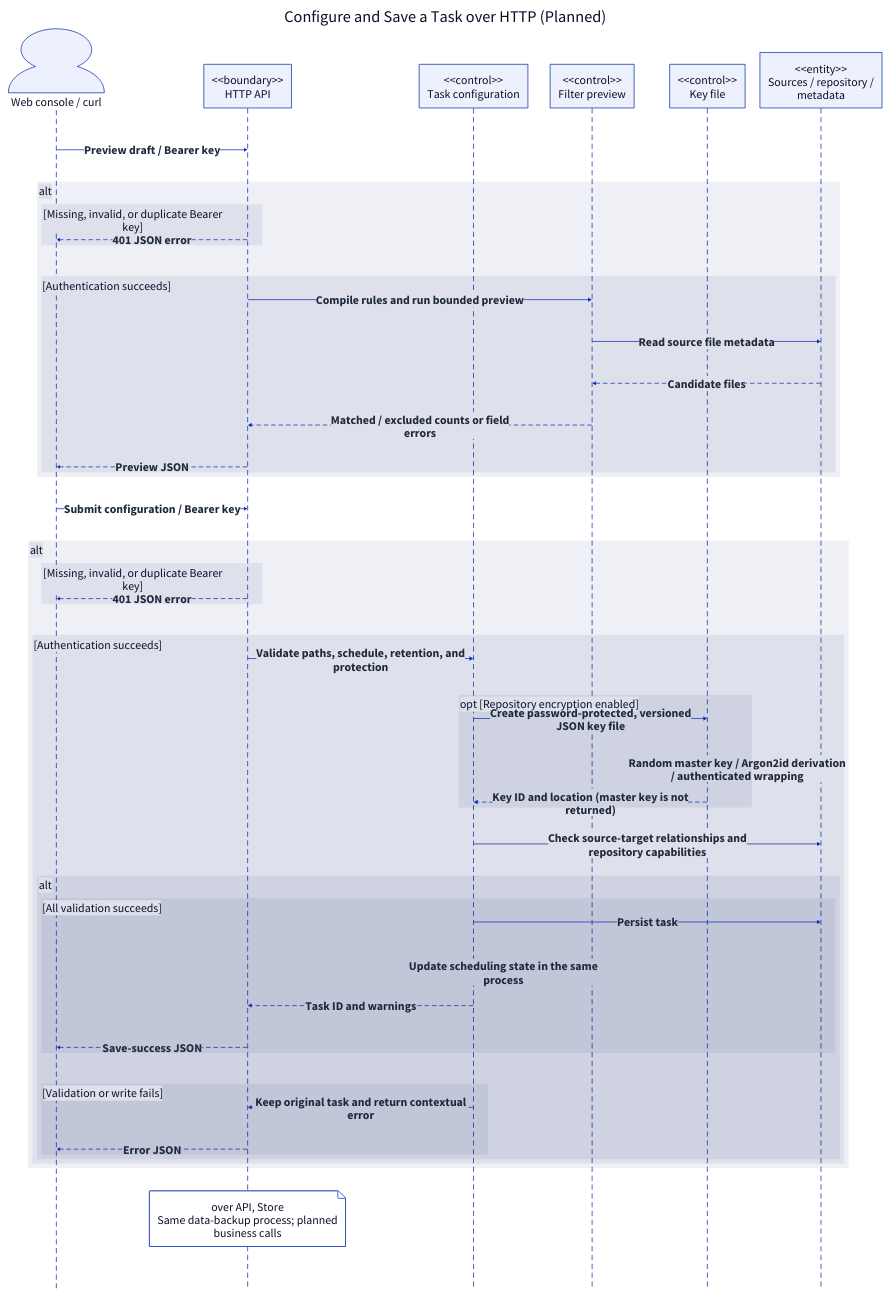
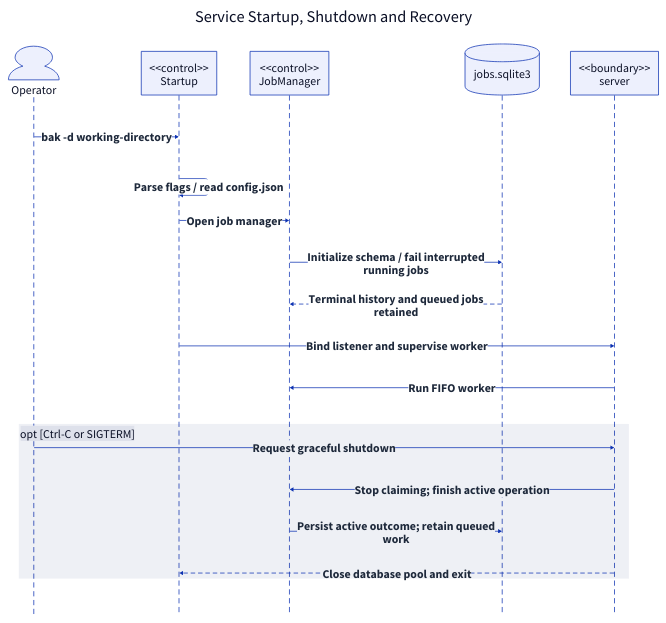
Before and after one commit to qi7876/software-development-exp: the diagram in docs/report/generated/system-sequence-configure.d2, drawn with D2. The commit also changed 34 other files, not shown here.

```diff
--- a/docs/report/generated/system-sequence-configure.d2
+++ b/docs/report/generated/system-sequence-configure.d2
@@ -1,59 +1,30 @@
 # Generated from docs/report/model.yaml; do not edit directly.
 direction: down
 **.style.font-size: 32
 (** -> **)[*].style: {font-size: 32; bold: true; italic: false; font-color: "#1E293B"}
 (** -- **)[*].style: {font-size: 32; bold: true; italic: false; font-color: "#1E293B"}
 (** <- **)[*].style: {font-size: 32; bold: true; italic: false; font-color: "#1E293B"}
-diagram: "Configure and Save a Task over HTTP (Planned)" {
+diagram: "Service Startup, Shutdown and Recovery" {
   style.font-size: 44
   style.fill: white
   style.stroke: transparent
   shape: sequence_diagram
-  Client: "Web console / curl" {shape: person}
-  API: "<<boundary>>\nHTTP API" {shape: rectangle}
-  Task: "<<control>>\nTask configuration" {shape: rectangle}
-  Preview: "<<control>>\nFilter preview" {shape: rectangle}
-  KeyFile: "<<control>>\nKey file" {shape: rectangle}
-  Store: "<<entity>>\nSources / repository /\nmetadata" {shape: rectangle}
-  API.note_0: "over API, Store\nSame data-backup process; planned\nbusiness calls"
-  Client -> API: "Preview draft / Bearer key"
-  fragment_2: alt {
-    branch_2: "[Missing, invalid, or duplicate Bearer\nkey]" {
-      API -> Client: "401 JSON error" {style.stroke-dash: 5}
-    }
-    branch_4: "[Authentication succeeds]" {
-      API -> Preview: "Compile rules and run bounded preview"
-      Preview -> Store: "Read source file metadata"
-      Store -> Preview: "Candidate files" {style.stroke-dash: 5}
-      Preview -> API: "Matched / excluded counts or field\nerrors" {style.stroke-dash: 5}
-      API -> Client: "Preview JSON" {style.stroke-dash: 5}
-    }
-  }
-  Client -> API: "Submit configuration / Bearer key"
-  fragment_12: alt {
-    branch_12: "[Missing, invalid, or duplicate Bearer\nkey]" {
-      API -> Client: "401 JSON error" {style.stroke-dash: 5}
-    }
-    branch_14: "[Authentication succeeds]" {
-      API -> Task: "Validate paths, schedule, retention, and\nprotection"
-      fragment_16: "opt [Repository encryption enabled]" {
-        Task -> KeyFile: "Create password-protected, versioned\nJSON key file"
-        KeyFile -> KeyFile: "Random master key / Argon2id derivation\n/ authenticated wrapping"
-        KeyFile -> Task: "Key ID and location (master key is not\nreturned)" {style.stroke-dash: 5}
-      }
-      Task -> Store: "Check source-target relationships and\nrepository capabilities"
-      fragment_22: alt {
-        branch_22: "[All validation succeeds]" {
-          Task -> Store: "Persist task"
-          Task -> Task: "Update scheduling state in the same\nprocess"
-          Task -> API: "Task ID and warnings" {style.stroke-dash: 5}
-          API -> Client: "Save-success JSON" {style.stroke-dash: 5}
-        }
-        branch_27: "[Validation or write fails]" {
-          Task -> API: "Keep original task and return contextual\nerror" {style.stroke-dash: 5}
-          API -> Client: "Error JSON" {style.stroke-dash: 5}
-        }
-      }
-    }
+  User: "Operator" {shape: person}
+  Main: "<<control>>\nStartup" {shape: rectangle}
+  Jobs: "<<control>>\nJobManager" {shape: rectangle}
+  DB: "jobs.sqlite3" {shape: cylinder}
+  Server: "<<boundary>>\nserver" {shape: rectangle}
+  User -> Main: "bak -d working-directory"
+  Main -> Main: "Parse flags / read config.json"
+  Main -> Jobs: "Open job manager"
+  Jobs -> DB: "Initialize schema / fail interrupted\nrunning jobs"
+  DB -> Jobs: "Terminal history and queued jobs\nretained" {style.stroke-dash: 5}
+  Main -> Server: "Bind listener and supervise worker"
+  Server -> Jobs: "Run FIFO worker"
+  fragment_7: "opt [Ctrl-C or SIGTERM]" {
+    User -> Server: "Request graceful shutdown"
+    Server -> Jobs: "Stop claiming; finish active operation"
+    Jobs -> DB: "Persist active outcome; retain queued\nwork"
+    Server -> Main: "Close database pool and exit" {style.stroke-dash: 5}
   }
 }
```
